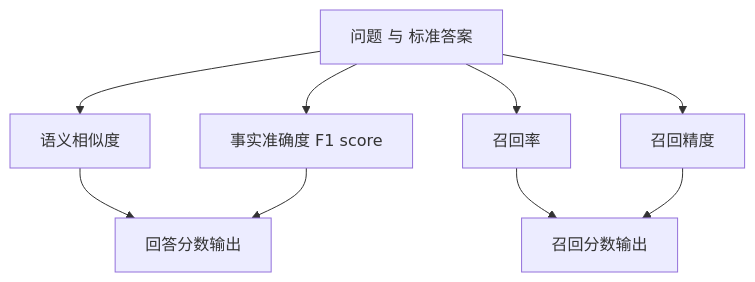
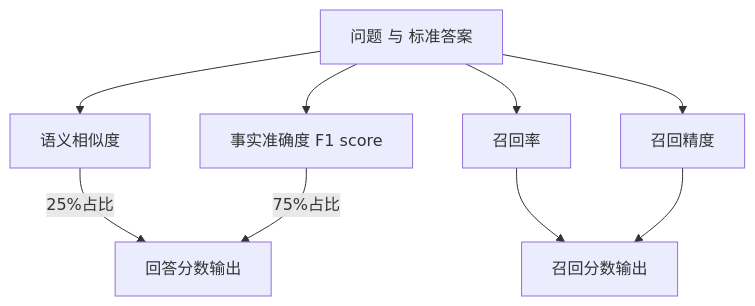
Before and after one commit to digoal/blog: the second of 4 diagrams in 202504/20250414_04.md, drawn with Mermaid.

````diff
--- a/202504/20250414_04.md
+++ b/202504/20250414_04.md
@@ -369,9 +369,10 @@
 ```mermaid  
 graph TD  
 Q[问题 与 标准答案] --> E1[语义相似度]  
 Q --> E2[事实准确度 F1 score]  
 Q --> E3[召回率]  
 Q --> E4[召回精度]  
-E1 & E2 --> S1[回答分数输出] 
+E1 -- 25%占比 --> S1[回答分数输出]
+E2 -- 75%占比 --> S1  
 E3 & E4 --> S2[召回分数输出] 
 ```  
````
